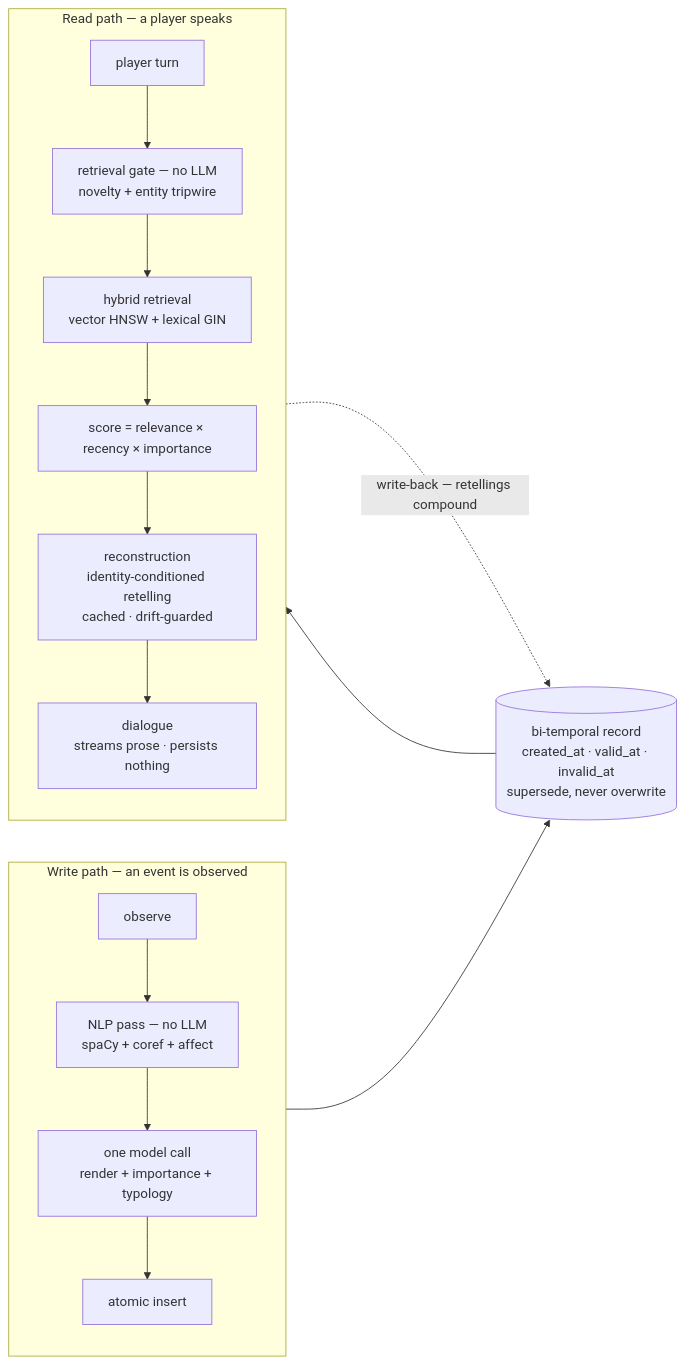
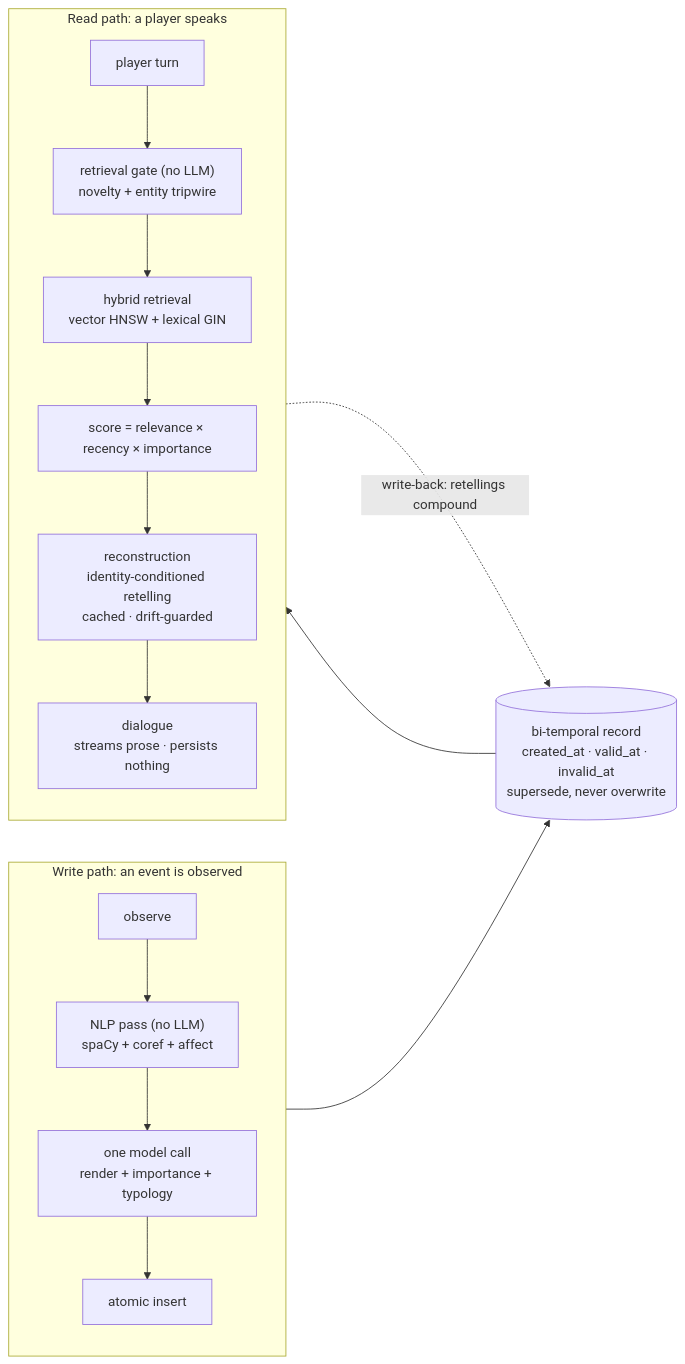
The diagram in README.md (jzane1/longmem-npc), drawn with Mermaid before and after one commit. The commit also changed other lines of this file and 1 other file, not shown here.

````diff
--- a/README.md
+++ b/README.md
@@ -23,20 +23,20 @@
 ```mermaid
 flowchart LR
-    subgraph W["Write path — an event is observed"]
+    subgraph W["Write path: an event is observed"]
         direction TB
-        O["observe"] --> N["NLP pass — no LLM<br/>spaCy + coref + affect"]
+        O["observe"] --> N["NLP pass (no LLM)<br/>spaCy + coref + affect"]
         N --> M["one model call<br/>render + importance + typology"]
         M --> I["atomic insert"]
     end
-    subgraph R["Read path — a player speaks"]
+    subgraph R["Read path: a player speaks"]
         direction TB
-        Q["player turn"] --> G["retrieval gate — no LLM<br/>novelty + entity tripwire"]
+        Q["player turn"] --> G["retrieval gate (no LLM)<br/>novelty + entity tripwire"]
         G --> H["hybrid retrieval<br/>vector HNSW + lexical GIN"]
         H --> S["score = relevance × recency × importance"]
         S --> C["reconstruction<br/>identity-conditioned retelling<br/>cached · drift-guarded"]
         C --> D["dialogue<br/>streams prose · persists nothing"]
     end
     I --> B[("bi-temporal record<br/>created_at · valid_at · invalid_at<br/>supersede, never overwrite")]
     B --> H
-    C -. "write-back — retellings compound" .-> B
+    C -. "write-back: retellings compound" .-> B
 ```
````
